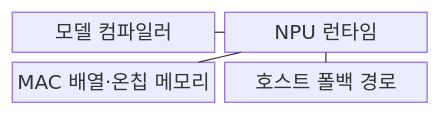
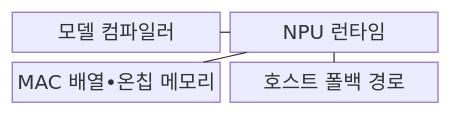
The first of 2 diagrams in src/content/docs/notes/02-hardware/044_neural_processing_unit.md (agnusdei1207/knowledge-base), drawn with Mermaid before and after one commit. The commit also changed other lines of this file and 953 other files, not shown here.

````diff
--- a/src/content/docs/notes/02-hardware/044_neural_processing_unit.md
+++ b/src/content/docs/notes/02-hardware/044_neural_processing_unit.md
@@ -71,11 +71,11 @@
 ```mermaid
 block
     columns 2
     C["모델 컴파일러"]
     R["NPU 런타임"]
-    N["MAC 배열·온칩 메모리"]
+    N["MAC 배열•온칩 메모리"]
     H["호스트 폴백 경로"]
     C --- R
     R --- N
     R --- H
 ```
````
